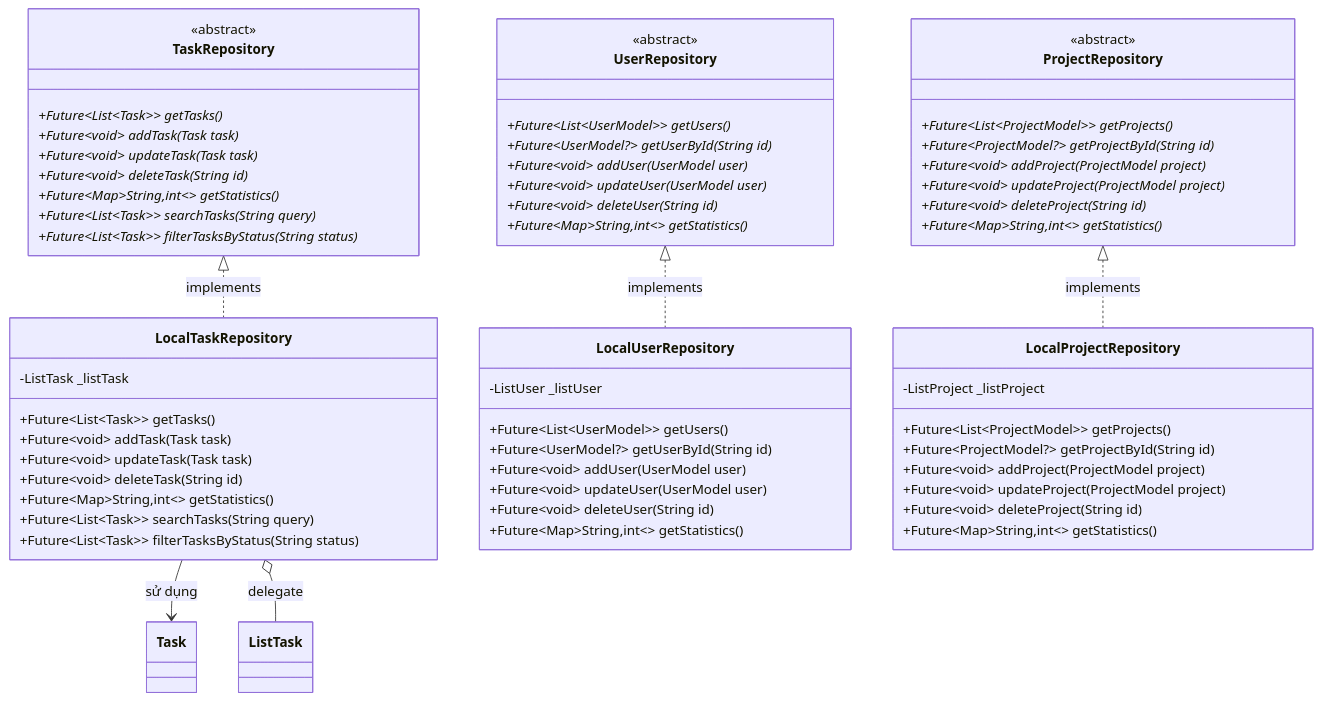
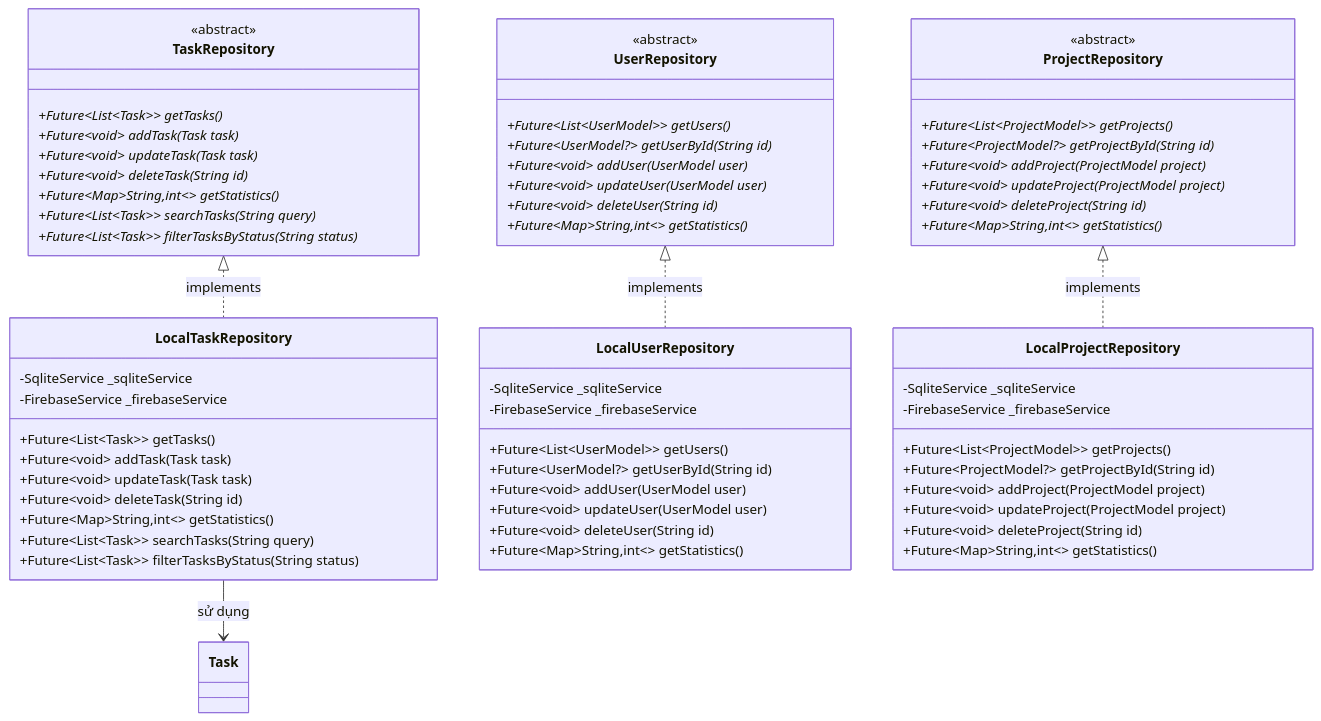
One commit to ttt-huong/TaskFlow_Huong_Thuong_Cuong_N03_1_2026 changed the third of 19 diagrams in docs/uml_va_luong_hoat_dong.md. Above: the diagram before and after it, drawn with Mermaid. The commit also changed other lines of this file and 15 other files, not shown here.

Commit message:
feat & fix: Ket noi Firebase, hoan thien luong du lieu Dual Storage (SQLite + Firestore) va sua loi trong assigneeName, assigneeAvatar

````diff
--- a/docs/uml_va_luong_hoat_dong.md
+++ b/docs/uml_va_luong_hoat_dong.md
@@ -119,72 +84,74 @@
 ```mermaid
 classDiagram
     class TaskRepository {
         <<abstract>>
         +Future~List~Task~~ getTasks()*
         +Future~void~ addTask(Task task)*
         +Future~void~ updateTask(Task task)*
         +Future~void~ deleteTask(String id)*
         +Future~Map~String,int~~ getStatistics()*
         +Future~List~Task~~ searchTasks(String query)*
         +Future~List~Task~~ filterTasksByStatus(String status)*
     }
 
     class LocalTaskRepository {
-        -ListTask _listTask
+        -SqliteService _sqliteService
+        -FirebaseService _firebaseService
         +Future~List~Task~~ getTasks()
         +Future~void~ addTask(Task task)
         +Future~void~ updateTask(Task task)
         +Future~void~ deleteTask(String id)
         +Future~Map~String,int~~ getStatistics()
         +Future~List~Task~~ searchTasks(String query)
         +Future~List~Task~~ filterTasksByStatus(String status)
     }
 
     TaskRepository <|.. LocalTaskRepository : implements
     LocalTaskRepository --> Task : sử dụng
-    LocalTaskRepository o-- ListTask : delegate
 
     class UserRepository {
         <<abstract>>
         +Future~List~UserModel~~ getUsers()*
         +Future~UserModel?~ getUserById(String id)*
         +Future~void~ addUser(UserModel user)*
         +Future~void~ updateUser(UserModel user)*
         +Future~void~ deleteUser(String id)*
         +Future~Map~String,int~~ getStatistics()*
     }
 
     class LocalUserRepository {
-        -ListUser _listUser
+        -SqliteService _sqliteService
+        -FirebaseService _firebaseService
         +Future~List~UserModel~~ getUsers()
         +Future~UserModel?~ getUserById(String id)
         +Future~void~ addUser(UserModel user)
         +Future~void~ updateUser(UserModel user)
         +Future~void~ deleteUser(String id)
         +Future~Map~String,int~~ getStatistics()
     }
 
     UserRepository <|.. LocalUserRepository : implements
 
     class ProjectRepository {
         <<abstract>>
         +Future~List~ProjectModel~~ getProjects()*
         +Future~ProjectModel?~ getProjectById(String id)*
         +Future~void~ addProject(ProjectModel project)*
         +Future~void~ updateProject(ProjectModel project)*
         +Future~void~ deleteProject(String id)*
         +Future~Map~String,int~~ getStatistics()*
     }
 
     class LocalProjectRepository {
-        -ListProject _listProject
+        -SqliteService _sqliteService
+        -FirebaseService _firebaseService
         +Future~List~ProjectModel~~ getProjects()
         +Future~ProjectModel?~ getProjectById(String id)
         +Future~void~ addProject(ProjectModel project)
         +Future~void~ updateProject(ProjectModel project)
         +Future~void~ deleteProject(String id)
         +Future~Map~String,int~~ getStatistics()
     }
 
     ProjectRepository <|.. LocalProjectRepository : implements
 ```
````
